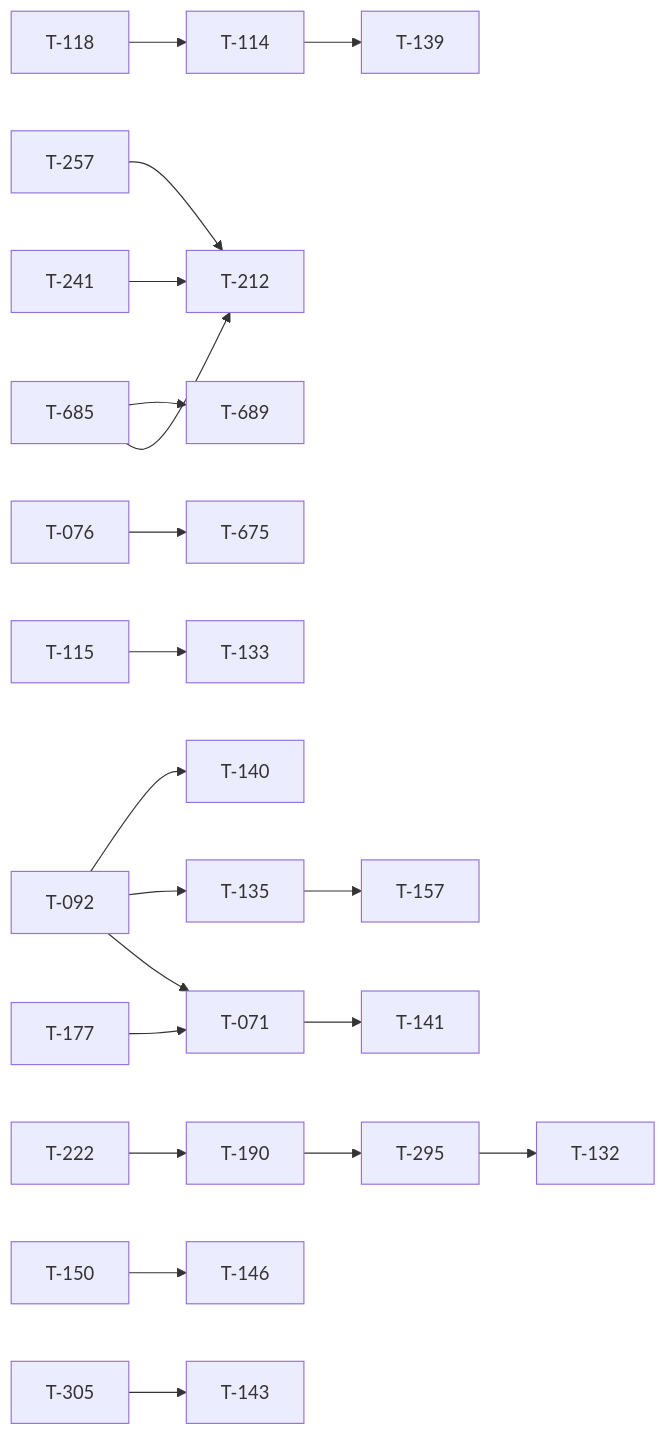
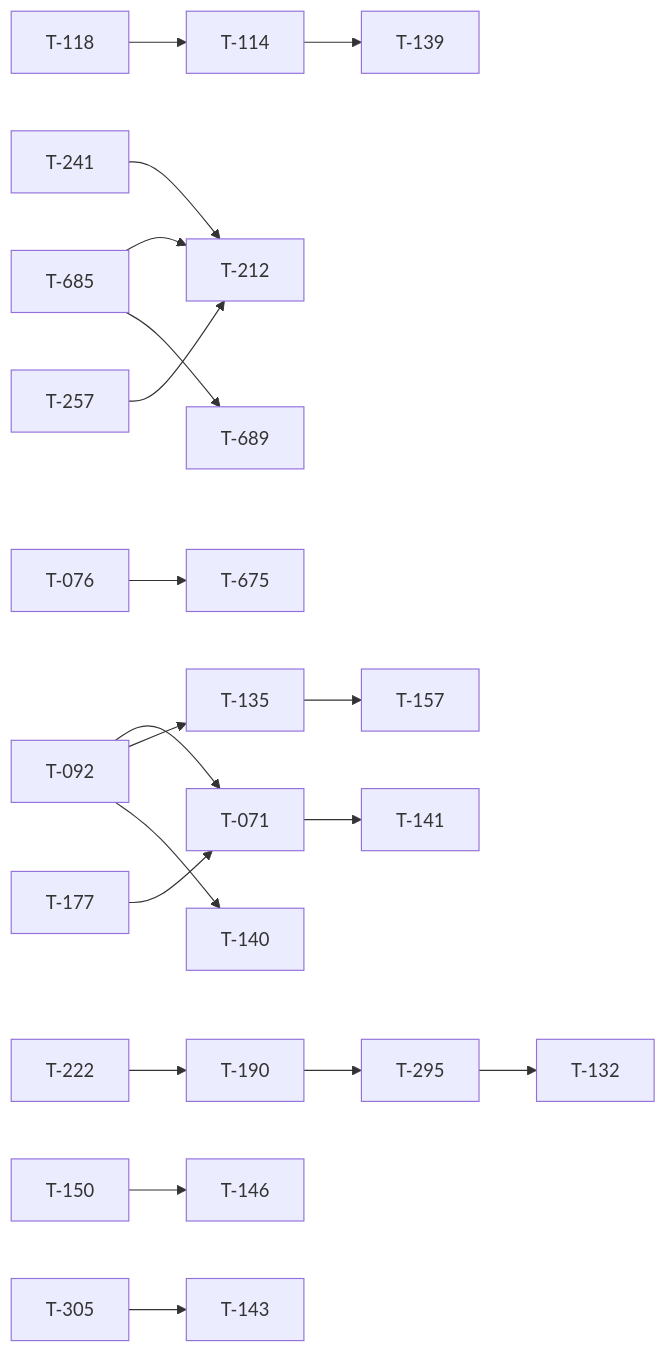
One commit to darkforce09/TBD-reforger changed the diagram in docs/TICKET_LEAD.md. Above: the diagram before and after it, drawn with Mermaid. The commit also changed other lines of this file and 18 other files, not shown here.

````diff
--- a/docs/TICKET_LEAD.md
+++ b/docs/TICKET_LEAD.md
@@ -103,22 +101,21 @@
 ```mermaid
 flowchart LR
   T092[T-092] --> T071[T-071]
   T177[T-177] --> T071[T-071]
   T118[T-118] --> T114[T-114]
   T685[T-685] --> T212[T-212]
   T241[T-241] --> T212[T-212]
   T257[T-257] --> T212[T-212]
   T685[T-685] --> T689[T-689]
   T076[T-076] --> T675[T-675]
-  T115[T-115] --> T133[T-133]
   T114[T-114] --> T139[T-139]
   T222[T-222] --> T190[T-190]
   T135[T-135] --> T157[T-157]
   T071[T-071] --> T141[T-141]
   T150[T-150] --> T146[T-146]
   T305[T-305] --> T143[T-143]
   T092[T-092] --> T135[T-135]
   T092[T-092] --> T140[T-140]
   T190[T-190] --> T295[T-295]
   T295[T-295] --> T132[T-132]
 ```
````
